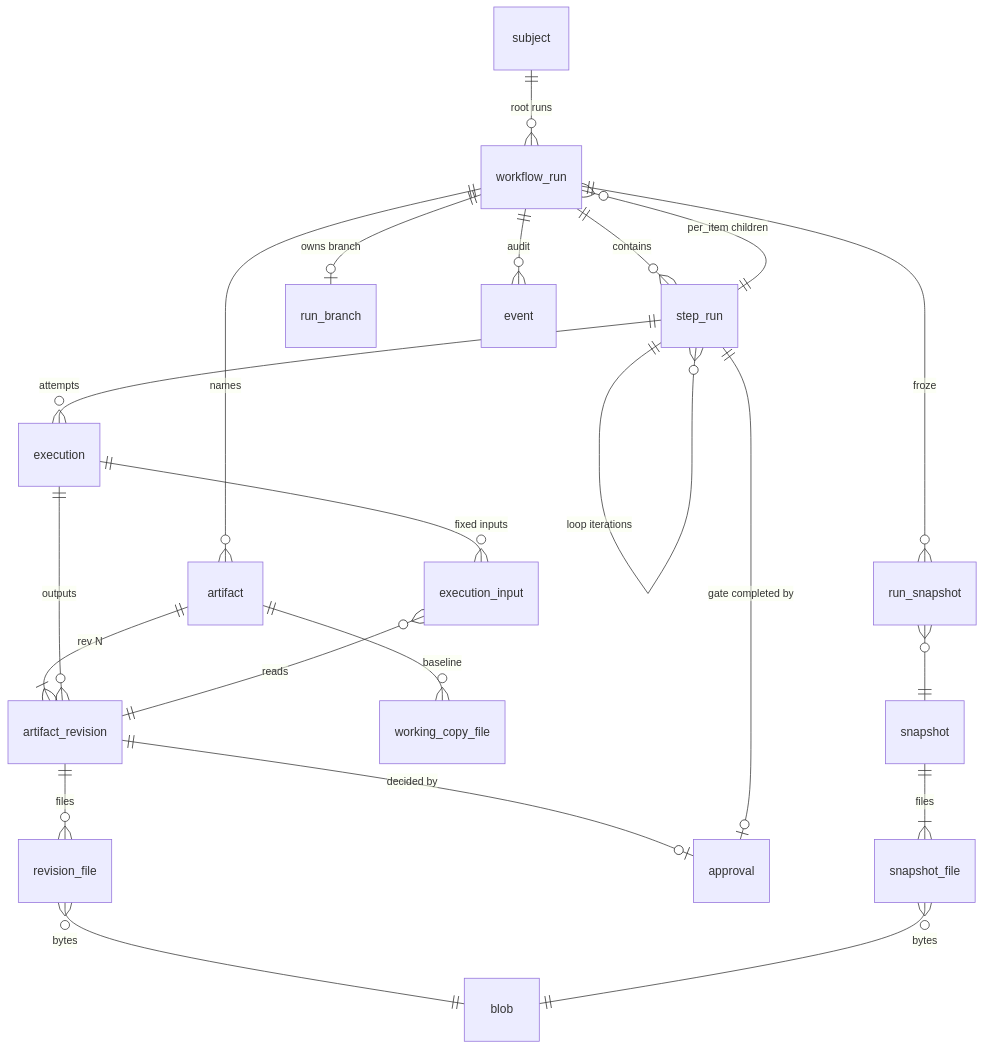
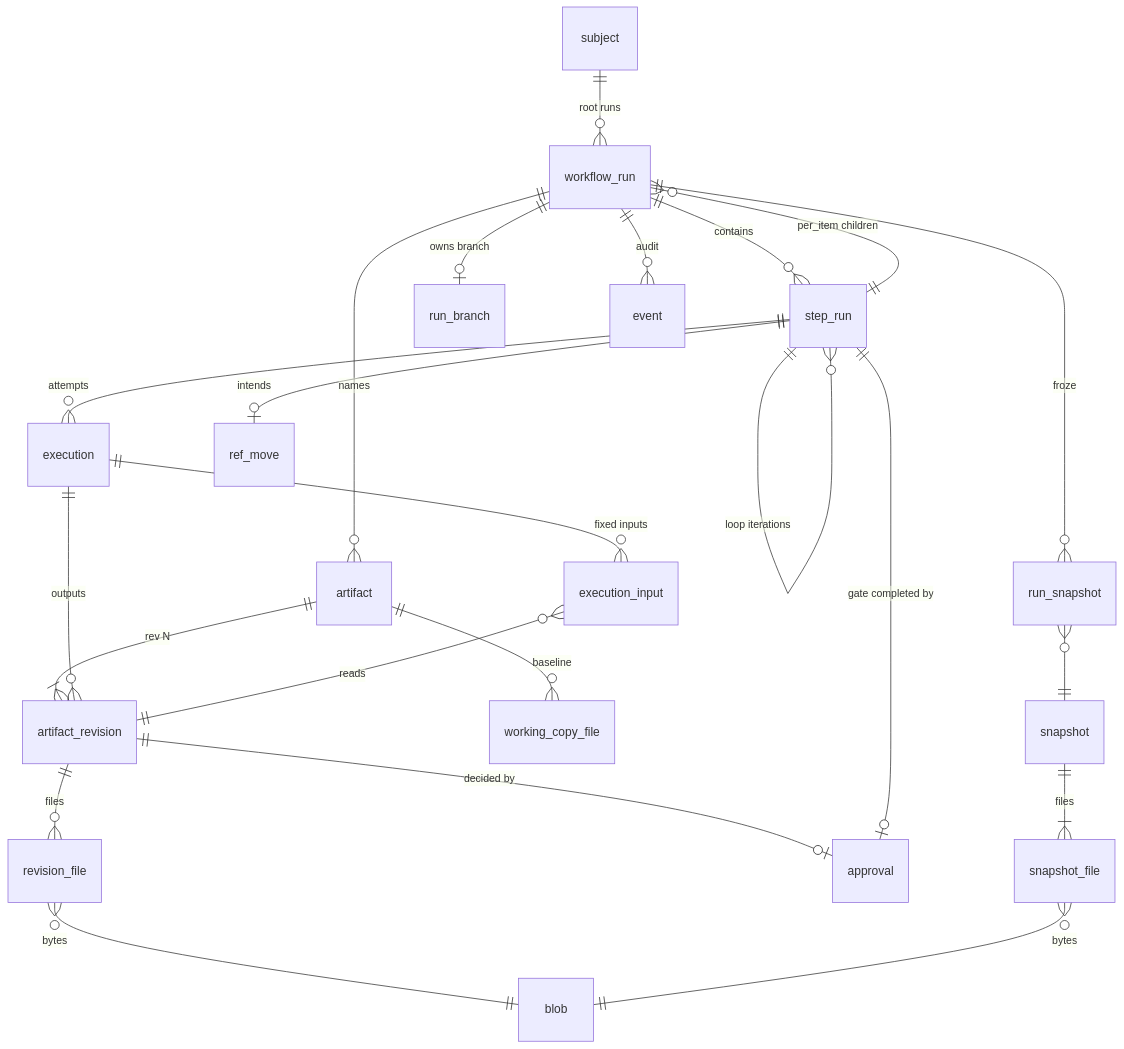
One commit to kalieleduard/surt changed the diagram in docs/architecture/D-database.md. Above: the diagram before and after it, drawn with Mermaid. The commit also changed other lines of this file and 14 other files, not shown here.

First line of the commit message:
docs: resolve recovery and reconciliation ticket for Surt architecture

````diff
--- a/docs/architecture/D-database.md
+++ b/docs/architecture/D-database.md
@@ -36,24 +36,25 @@
 ```mermaid
 erDiagram
     subject ||--o{ workflow_run : "root runs"
     workflow_run ||--o{ step_run : contains
     step_run ||--o{ workflow_run : "per_item children"
     step_run ||--o{ step_run : "loop iterations"
     step_run ||--o{ execution : attempts
     workflow_run ||--o{ artifact : names
     artifact ||--|{ artifact_revision : "rev N"
     execution ||--o{ artifact_revision : outputs
     execution ||--o{ execution_input : "fixed inputs"
     execution_input }o--|| artifact_revision : reads
     artifact_revision ||--o{ revision_file : files
     revision_file }o--|| blob : bytes
     artifact_revision ||--o| approval : "decided by"
     step_run ||--o| approval : "gate completed by"
     artifact ||--o{ working_copy_file : baseline
     workflow_run ||--o{ run_snapshot : froze
     run_snapshot }o--|| snapshot : ""
     snapshot ||--|{ snapshot_file : files
     snapshot_file }o--|| blob : bytes
     workflow_run ||--o| run_branch : "owns branch"
+    step_run ||--o| ref_move : "intends"
     workflow_run ||--o{ event : audit
 ```
````
